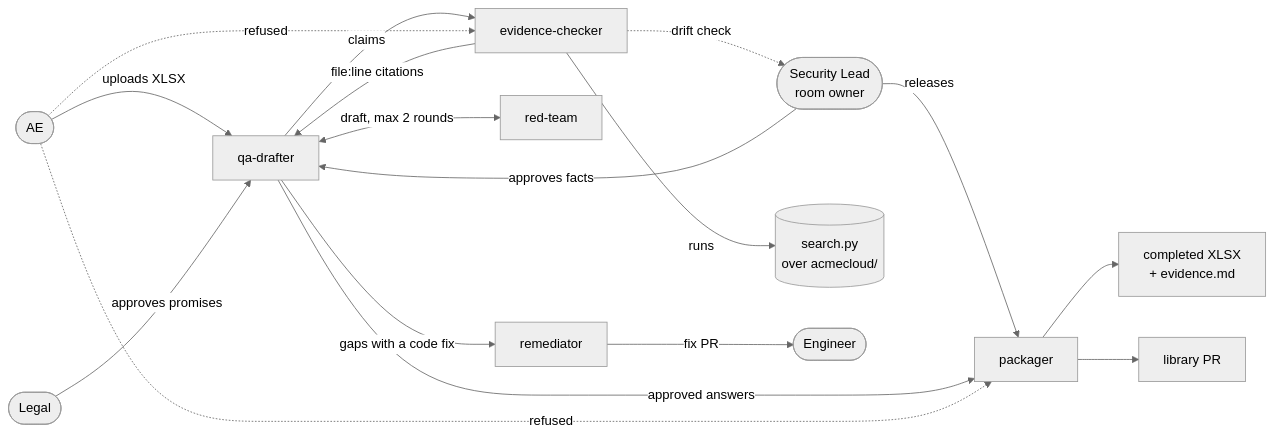
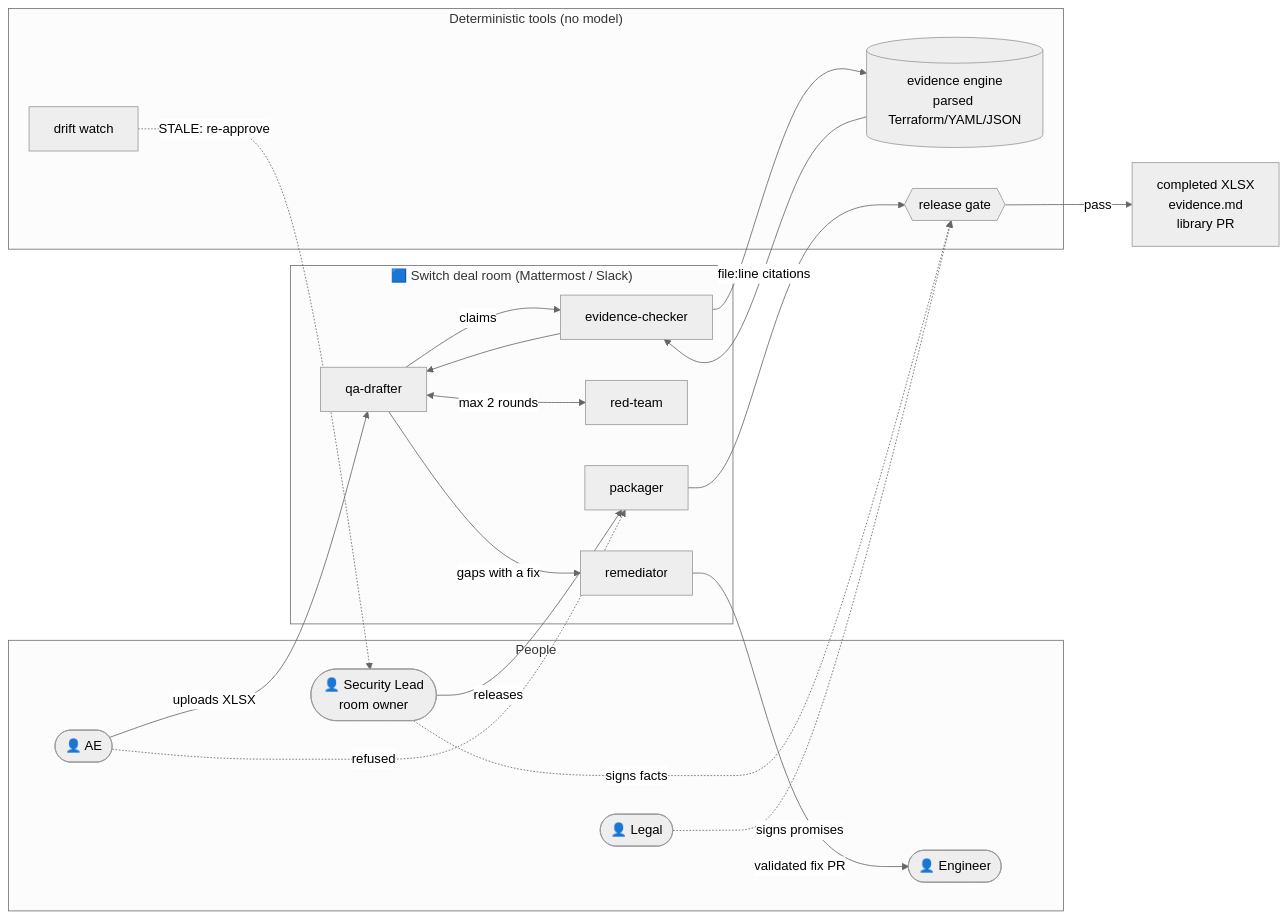
Before and after one commit to danishjk2156/TrustDesk: the diagram in README.md, drawn with Mermaid (neutral theme). The commit also changed other lines of this file, not shown here.

First line of the commit message:
README: value proposition, problem, solution, audience, USPs, business model, architecture, roles, use cases

````diff
--- a/README.md
+++ b/README.md
@@ -29,19 +138,35 @@
 ```mermaid
 flowchart LR
-  AE([AE]) -->|uploads XLSX| D[qa-drafter]
-  Legal([Legal]) -->|approves promises| D
-  SL([Security Lead<br/>room owner]) -->|approves facts| D
-  SL -->|releases| P[packager]
-  D -->|claims| C[evidence-checker]
-  C -->|runs| S[(search.py<br/>over acmecloud/)]
-  C -->|file:line citations| D
-  D <-->|draft, max 2 rounds| R[red-team]
-  D -->|gaps with a code fix| M[remediator]
-  M -->|fix PR| Eng([Engineer])
-  D -->|approved answers| P
-  P --> X[completed XLSX<br/>+ evidence.md]
-  P --> PR[library PR]
-  C -.->|drift check| SL
+  subgraph People
+    AE([👤 AE])
+    SL([👤 Security Lead<br/>room owner])
+    LG([👤 Legal])
+    EN([👤 Engineer])
+  end
+
+  subgraph Room["🟦 Switch deal room (Mattermost / Slack)"]
+    D[qa-drafter]
+    C[evidence-checker]
+    R[red-team]
+    M[remediator]
+    P[packager]
+  end
+
+  subgraph Proof["Deterministic tools (no model)"]
+    E[(evidence engine<br/>parsed Terraform/YAML/JSON)]
+    G{{release gate}}
+    W[drift watch]
+  end
+
+  AE -->|uploads XLSX| D
+  D -->|claims| C --> E
+  E -->|file:line citations| C --> D
+  D <-->|max 2 rounds| R
+  D -->|gaps with a fix| M -->|validated fix PR| EN
+  SL -.->|signs facts| G
+  LG -.->|signs promises| G
+  SL -->|releases| P --> G
+  G -->|pass| OUT[completed XLSX<br/>evidence.md<br/>library PR]
+  W -.->|STALE: re-approve| SL
   AE -. refused .-> P
-  AE -. refused .-> C
 ```
````
